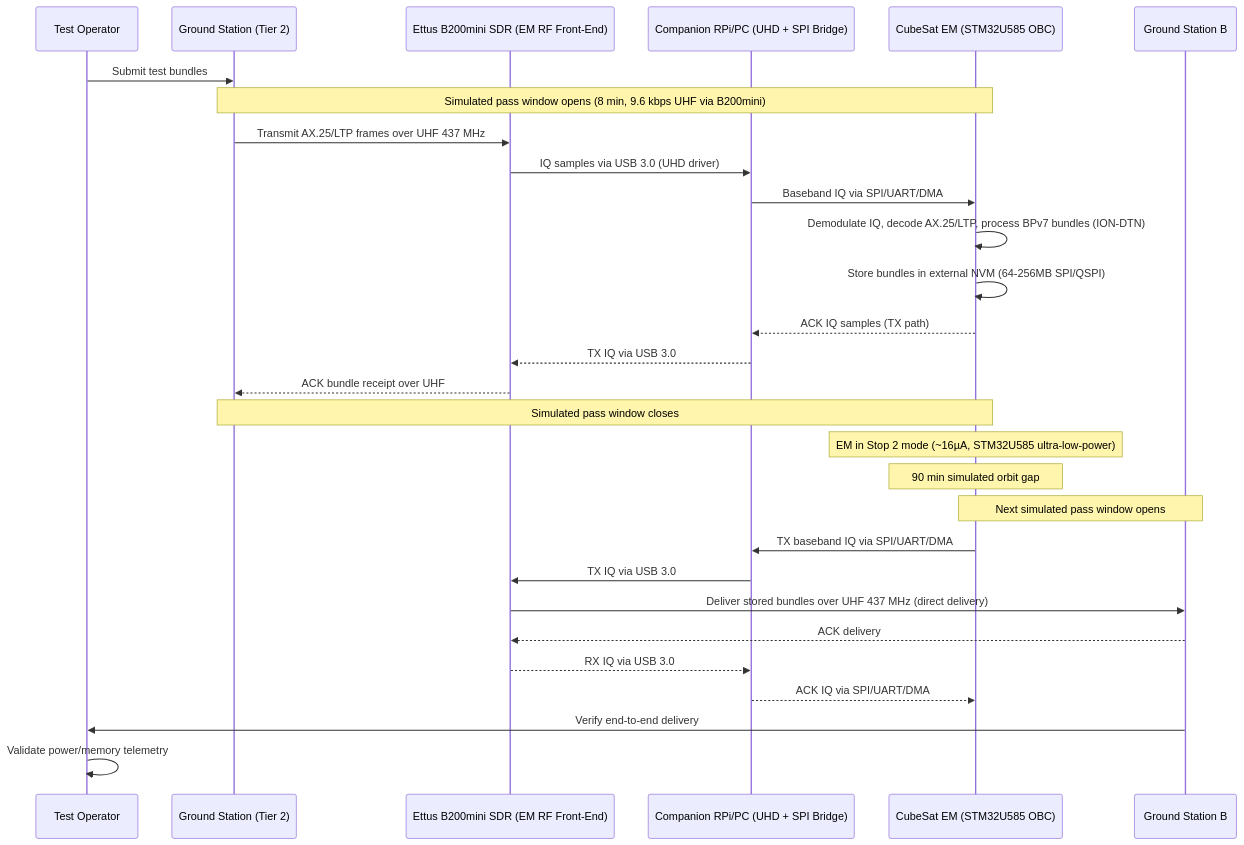
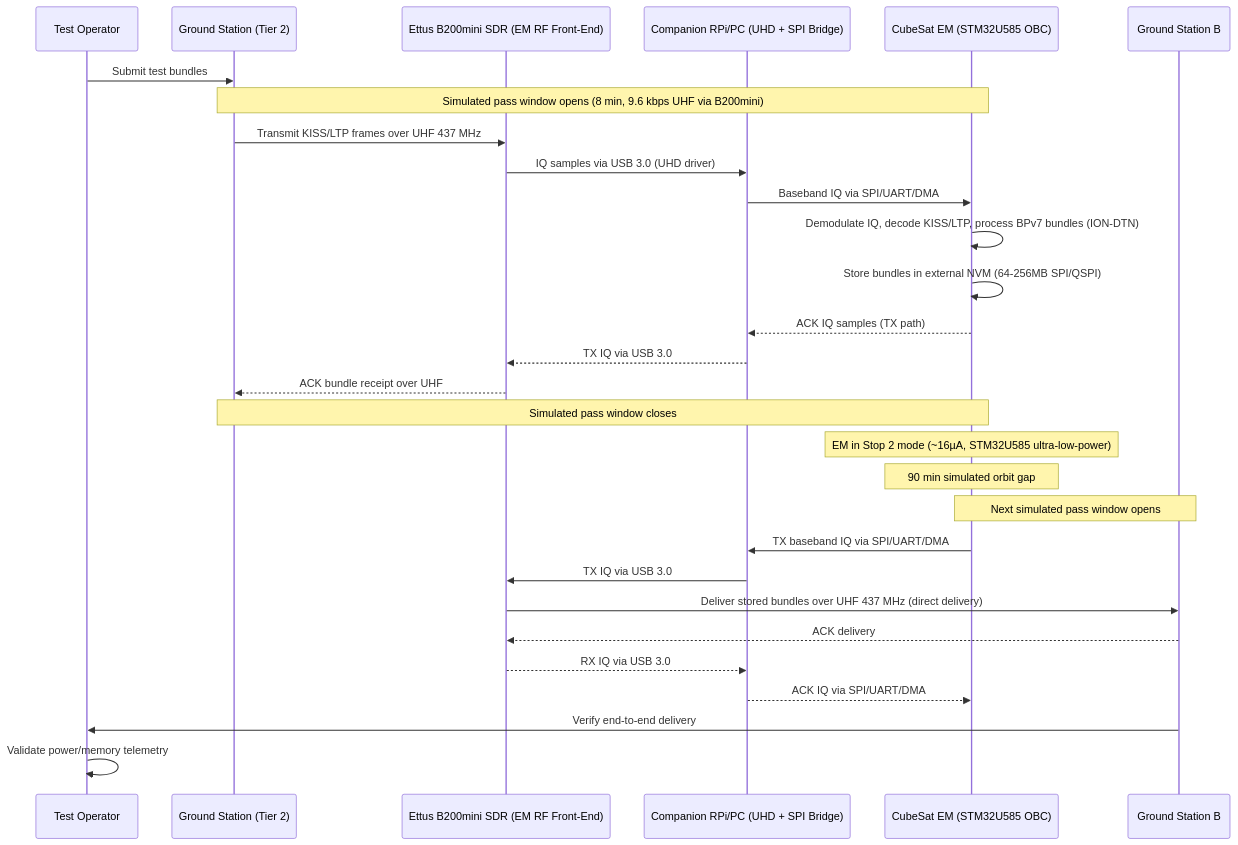
The fifth of 5 diagrams in docs/cislunar-amateur-dtn-payload/design.md (g4dpz/cislunar_proposal), drawn with Mermaid before and after one commit. The commit also changed other lines of this file and 17 other files, not shown here.

Commit message:
Replace AX.25 with LTP-over-KISS and dtn:// EIDs across all specs, add cislunar redirect conf

````diff
--- a/docs/cislunar-amateur-dtn-payload/design.md
+++ b/docs/cislunar-amateur-dtn-payload/design.md
@@ -136,34 +136,34 @@
 ```mermaid
 sequenceDiagram
     participant Test as Test Operator
     participant GS as Ground Station (Tier 2)
     participant B200 as Ettus B200mini SDR (EM RF Front-End)
     participant Bridge as Companion RPi/PC (UHD + SPI Bridge)
     participant EM as CubeSat EM (STM32U585 OBC)
     participant GS2 as Ground Station B
 
     Test->>GS: Submit test bundles
     Note over GS,EM: Simulated pass window opens (8 min, 9.6 kbps UHF via B200mini)
-    GS->>B200: Transmit AX.25/LTP frames over UHF 437 MHz
+    GS->>B200: Transmit KISS/LTP frames over UHF 437 MHz
     B200->>Bridge: IQ samples via USB 3.0 (UHD driver)
     Bridge->>EM: Baseband IQ via SPI/UART/DMA
-    EM->>EM: Demodulate IQ, decode AX.25/LTP, process BPv7 bundles (ION-DTN)
+    EM->>EM: Demodulate IQ, decode KISS/LTP, process BPv7 bundles (ION-DTN)
     EM->>EM: Store bundles in external NVM (64-256MB SPI/QSPI)
     EM-->>Bridge: ACK IQ samples (TX path)
     Bridge-->>B200: TX IQ via USB 3.0
     B200-->>GS: ACK bundle receipt over UHF
     Note over GS,EM: Simulated pass window closes
 
     Note over EM: EM in Stop 2 mode (~16µA, STM32U585 ultra-low-power)
     Note over EM: 90 min simulated orbit gap
 
     Note over EM,GS2: Next simulated pass window opens
     EM->>Bridge: TX baseband IQ via SPI/UART/DMA
     Bridge->>B200: TX IQ via USB 3.0
     B200->>GS2: Deliver stored bundles over UHF 437 MHz (direct delivery)
     GS2-->>B200: ACK delivery
     B200-->>Bridge: RX IQ via USB 3.0
     Bridge-->>EM: ACK IQ via SPI/UART/DMA
     GS2->>Test: Verify end-to-end delivery
     Test->>Test: Validate power/memory telemetry
 ```
````
